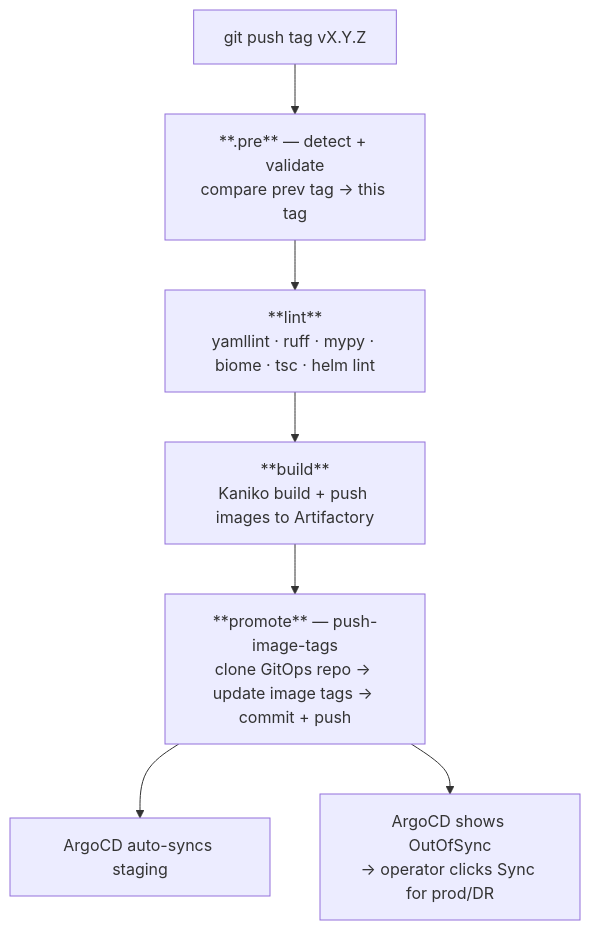
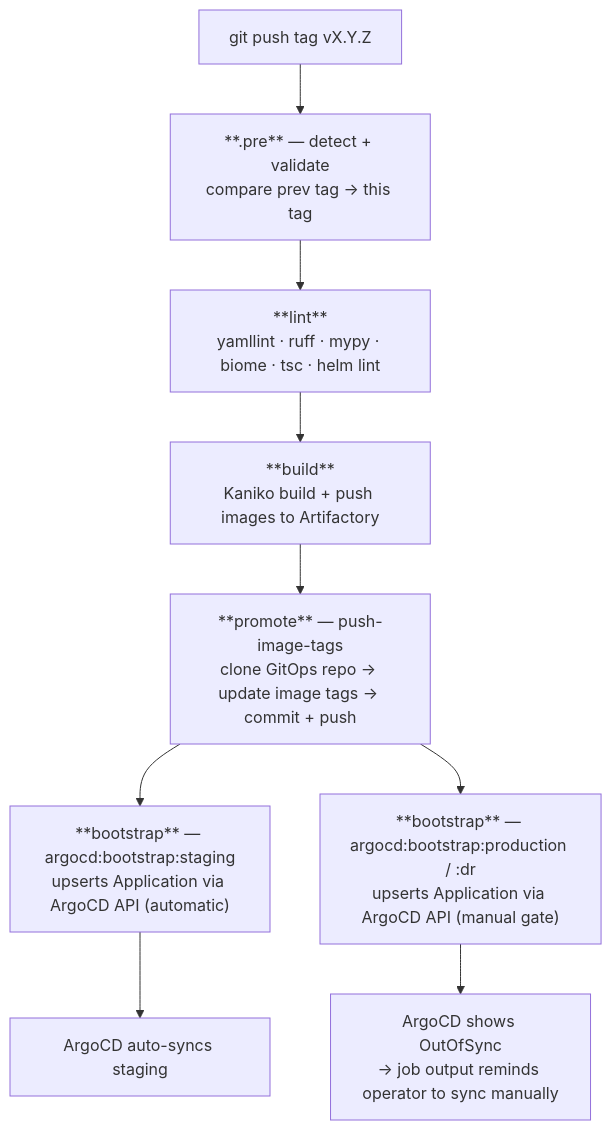
Before and after one commit to idokuli/Zabbix_Portal: the fourth of 7 diagrams in WORKFLOW.md, drawn with Mermaid. The commit also changed other lines of this file and 205 other files, not shown here.

````diff
--- a/WORKFLOW.md
+++ b/WORKFLOW.md
@@ -155,9 +155,11 @@
 ```mermaid
 flowchart TD
     Tag["git push tag vX.Y.Z"] --> Pre["**.pre** — detect + validate\ncompare prev tag → this tag"]
     Pre --> Lint["**lint**\nyamllint · ruff · mypy · biome · tsc · helm lint"]
     Lint --> Build["**build**\nKaniko build + push images to Artifactory"]
     Build --> Promote["**promote** — push-image-tags\nclone GitOps repo → update image tags → commit + push"]
-    Promote --> ArgoStaging["ArgoCD auto-syncs staging"]
-    Promote --> ArgoProd["ArgoCD shows OutOfSync\n→ operator clicks Sync for prod/DR"]
+    Promote --> BootstrapStaging["**bootstrap** — argocd:bootstrap:staging\nupserts Application via ArgoCD API (automatic)"]
+    Promote --> BootstrapProd["**bootstrap** — argocd:bootstrap:production / :dr\nupserts Application via ArgoCD API (manual gate)"]
+    BootstrapStaging --> ArgoStaging["ArgoCD auto-syncs staging"]
+    BootstrapProd --> ArgoProd["ArgoCD shows OutOfSync\n→ job output reminds operator to sync manually"]
 ```
````
